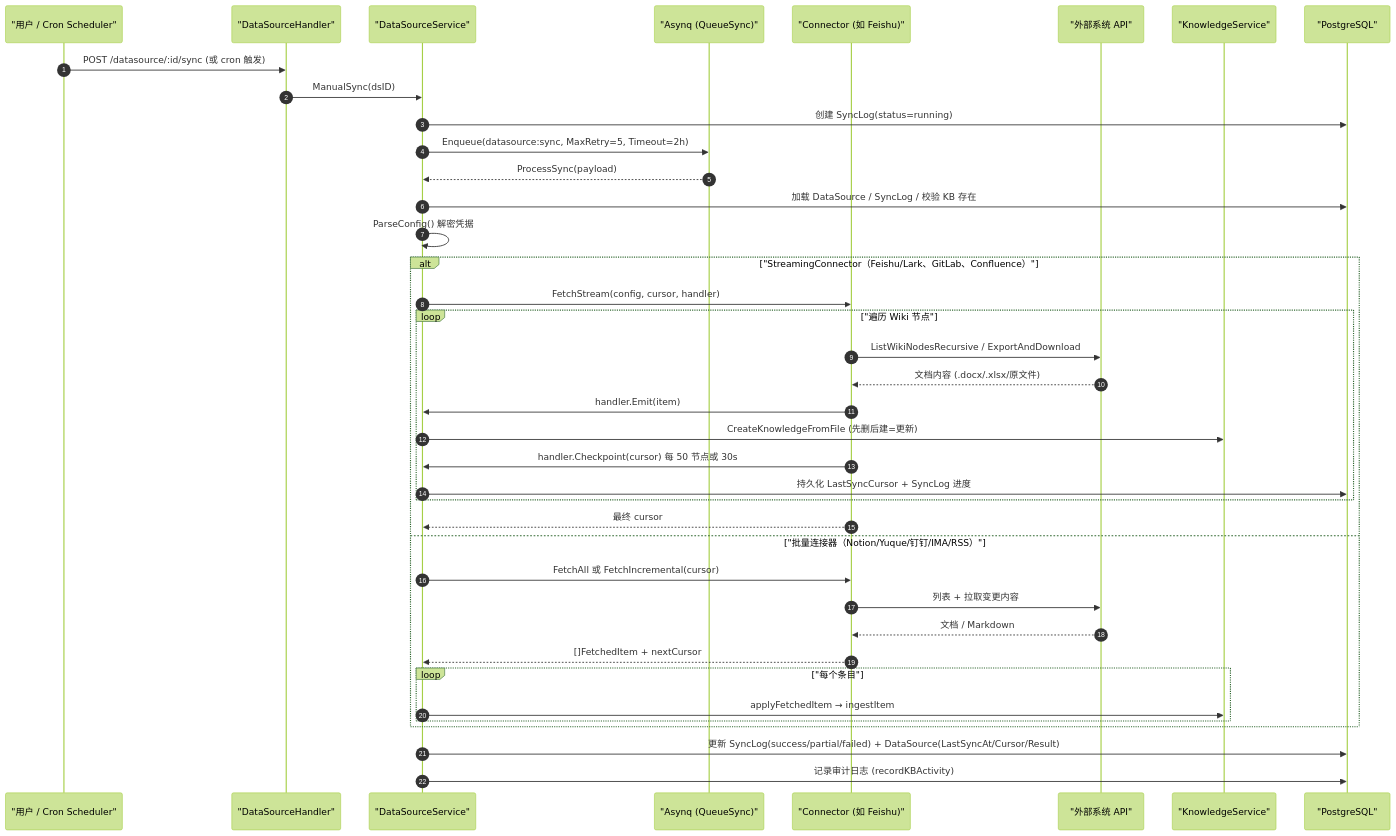
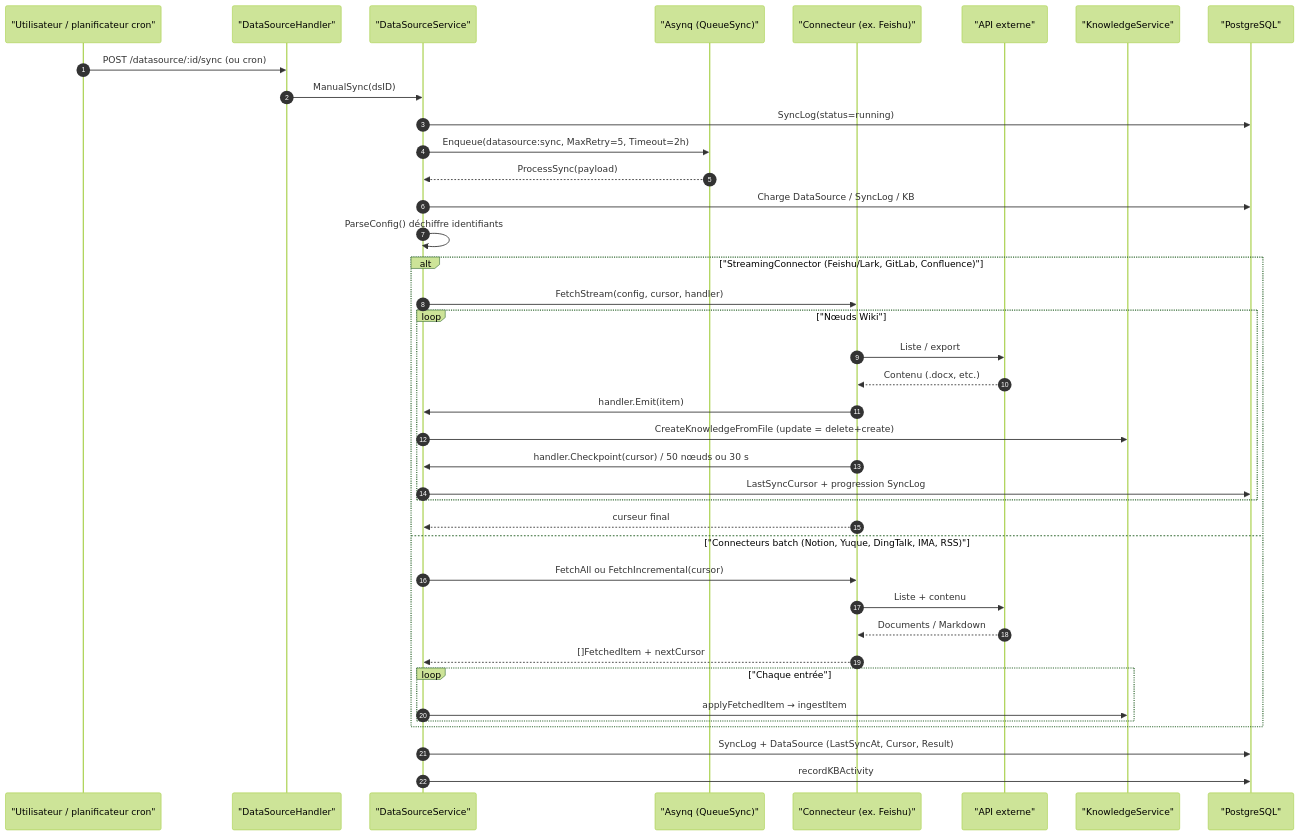
Before and after one commit to samiriggui-code/gsms-template: the second of 2 diagrams in website-docs/03-features/10-datasource.md, drawn with Mermaid (forest theme). The commit also changed other lines of this file and 301 other files, not shown here.

````diff
--- a/website-docs/03-features/10-datasource.md
+++ b/website-docs/03-features/10-datasource.md
@@ -324,42 +207,42 @@
 ```mermaid
 sequenceDiagram
     autonumber
-    participant U as "用户 / Cron Scheduler"
+    participant U as "Utilisateur / planificateur cron"
     participant H as "DataSourceHandler"
     participant S as "DataSourceService"
     participant Q as "Asynq (QueueSync)"
-    participant C as "Connector (如 Feishu)"
-    participant EXT as "外部系统 API"
+    participant C as "Connecteur (ex. Feishu)"
+    participant EXT as "API externe"
     participant K as "KnowledgeService"
     participant DB as "PostgreSQL"
 
-    U->>H: POST /datasource/:id/sync (或 cron 触发)
+    U->>H: POST /datasource/:id/sync (ou cron)
     H->>S: ManualSync(dsID)
-    S->>DB: 创建 SyncLog(status=running)
+    S->>DB: SyncLog(status=running)
     S->>Q: Enqueue(datasource:sync, MaxRetry=5, Timeout=2h)
     Q-->>S: ProcessSync(payload)
-    S->>DB: 加载 DataSource / SyncLog / 校验 KB 存在
-    S->>S: ParseConfig() 解密凭据
-    alt "StreamingConnector（Feishu/Lark、GitLab、Confluence）"
+    S->>DB: Charge DataSource / SyncLog / KB
+    S->>S: ParseConfig() déchiffre identifiants
+    alt "StreamingConnector (Feishu/Lark, GitLab, Confluence)"
         S->>C: FetchStream(config, cursor, handler)
-        loop "遍历 Wiki 节点"
-            C->>EXT: ListWikiNodesRecursive / ExportAndDownload
-            EXT-->>C: 文档内容 (.docx/.xlsx/原文件)
+        loop "Nœuds Wiki"
+            C->>EXT: Liste / export
+            EXT-->>C: Contenu (.docx, etc.)
             C->>S: handler.Emit(item)
-            S->>K: CreateKnowledgeFromFile (先删后建=更新)
-            C->>S: handler.Checkpoint(cursor) 每 50 节点或 30s
-            S->>DB: 持久化 LastSyncCursor + SyncLog 进度
+            S->>K: CreateKnowledgeFromFile (update = delete+create)
+            C->>S: handler.Checkpoint(cursor) / 50 nœuds ou 30 s
+            S->>DB: LastSyncCursor + progression SyncLog
         end
-        C-->>S: 最终 cursor
-    else "批量连接器（Notion/Yuque/钉钉/IMA/RSS）"
-        S->>C: FetchAll 或 FetchIncremental(cursor)
-        C->>EXT: 列表 + 拉取变更内容
-        EXT-->>C: 文档 / Markdown
+        C-->>S: curseur final
+    else "Connecteurs batch (Notion, Yuque, DingTalk, IMA, RSS)"
+        S->>C: FetchAll ou FetchIncremental(cursor)
+        C->>EXT: Liste + contenu
+        EXT-->>C: Documents / Markdown
         C-->>S: []FetchedItem + nextCursor
-        loop "每个条目"
+        loop "Chaque entrée"
             S->>K: applyFetchedItem → ingestItem
         end
     end
-    S->>DB: 更新 SyncLog(success/partial/failed) + DataSource(LastSyncAt/Cursor/Result)
-    S->>DB: 记录审计日志 (recordKBActivity)
+    S->>DB: SyncLog + DataSource (LastSyncAt, Cursor, Result)
+    S->>DB: recordKBActivity
 ```
````
